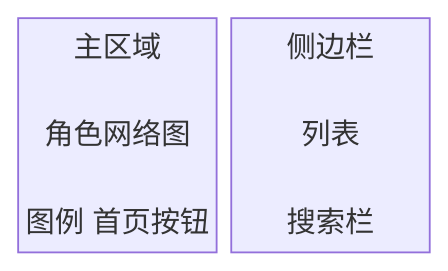
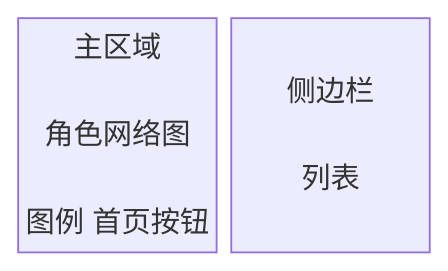
The first of 2 diagrams in README.md (PoinTSHine/HSR_CW_NetWork), drawn with Mermaid before and after one commit. The commit also changed other lines of this file and 4 other files, not shown here.

````diff
--- a/README.md
+++ b/README.md
@@ -30,6 +30,6 @@
 ```mermaid
 block-beta
   columns 2
   main["主区域\n\n角色网络图\n\n图例 首页按钮"]
-  sidebar["侧边栏\n\n列表\n\n搜索栏"]
+  sidebar["侧边栏\n\n列表"]
 ```
````
